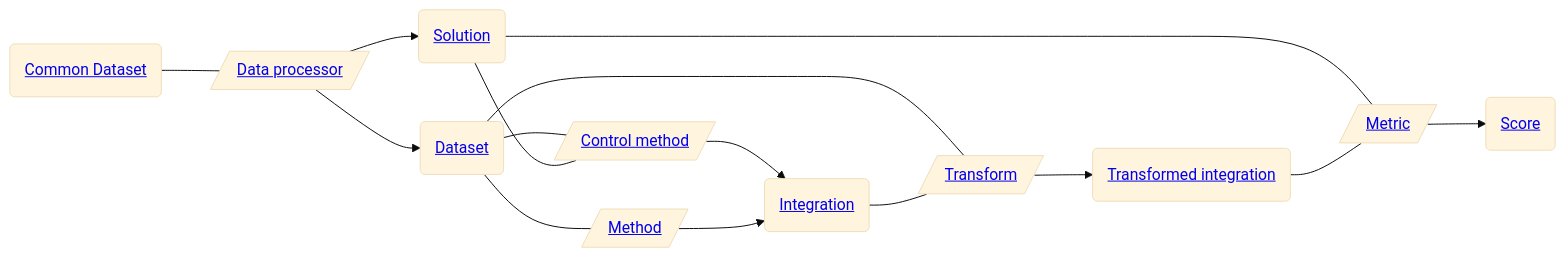
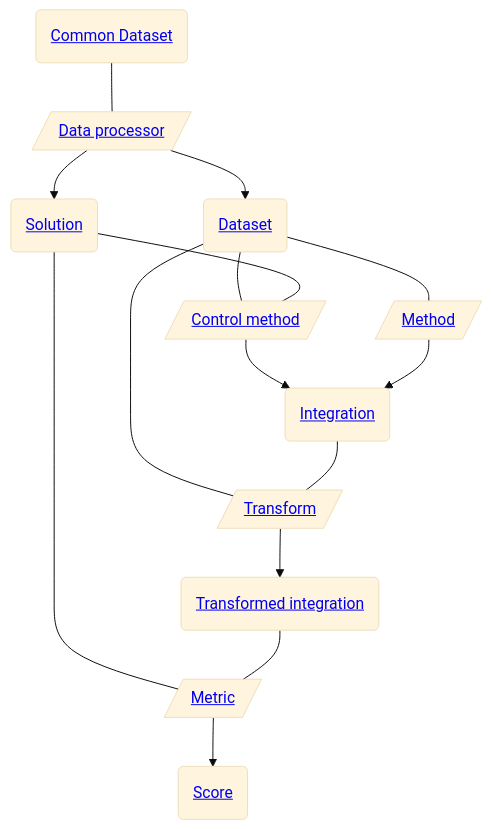
The diagram in README.md (openproblems-bio/task_batch_integration), drawn with Mermaid (base theme) before and after one commit. The commit also changed 128 other files, not shown here.

````diff
--- a/README.md
+++ b/README.md
@@ -61,28 +61,28 @@
 ``` mermaid
-flowchart LR
+flowchart TB
   file_common_dataset("<a href='https://github.com/openproblems-bio/task_batch_integration#file-type-file-common-dataset'>Common Dataset</a>")
   comp_process_dataset[/"<a href='https://github.com/openproblems-bio/task_batch_integration#component-type-comp-process-dataset'>Data processor</a>"/]
   file_dataset("<a href='https://github.com/openproblems-bio/task_batch_integration#file-type-file-dataset'>Dataset</a>")
   file_solution("<a href='https://github.com/openproblems-bio/task_batch_integration#file-type-file-solution'>Solution</a>")
   comp_control_method[/"<a href='https://github.com/openproblems-bio/task_batch_integration#component-type-comp-control-method'>Control method</a>"/]
   comp_method[/"<a href='https://github.com/openproblems-bio/task_batch_integration#component-type-comp-method'>Method</a>"/]
   comp_transformer[/"<a href='https://github.com/openproblems-bio/task_batch_integration#component-type-comp-transformer'>Transform</a>"/]
   comp_metric[/"<a href='https://github.com/openproblems-bio/task_batch_integration#component-type-comp-metric'>Metric</a>"/]
   file_integrated("<a href='https://github.com/openproblems-bio/task_batch_integration#file-type-file-integrated'>Integration</a>")
   file_integrated_full("<a href='https://github.com/openproblems-bio/task_batch_integration#file-type-file-integrated-full'>Transformed integration</a>")
   file_score("<a href='https://github.com/openproblems-bio/task_batch_integration#file-type-file-score'>Score</a>")
   file_common_dataset---comp_process_dataset
   comp_process_dataset-->file_dataset
   comp_process_dataset-->file_solution
   file_dataset---comp_control_method
   file_dataset---comp_method
   file_dataset---comp_transformer
   file_solution---comp_control_method
   file_solution---comp_metric
   comp_control_method-->file_integrated
   comp_method-->file_integrated
   comp_transformer-->file_integrated_full
   comp_metric-->file_score
   file_integrated---comp_transformer
   file_integrated_full---comp_metric
 ```
````
